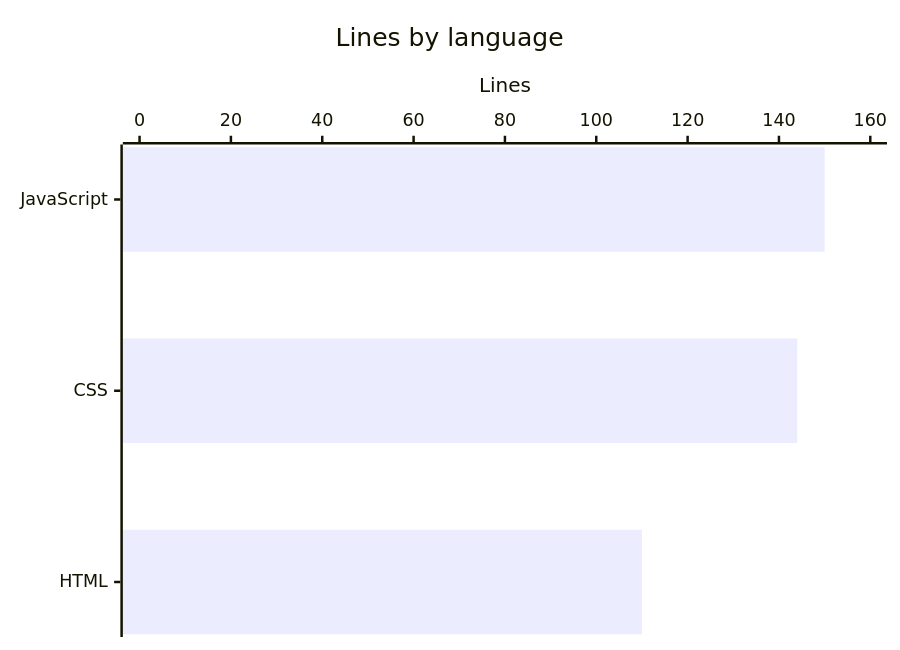
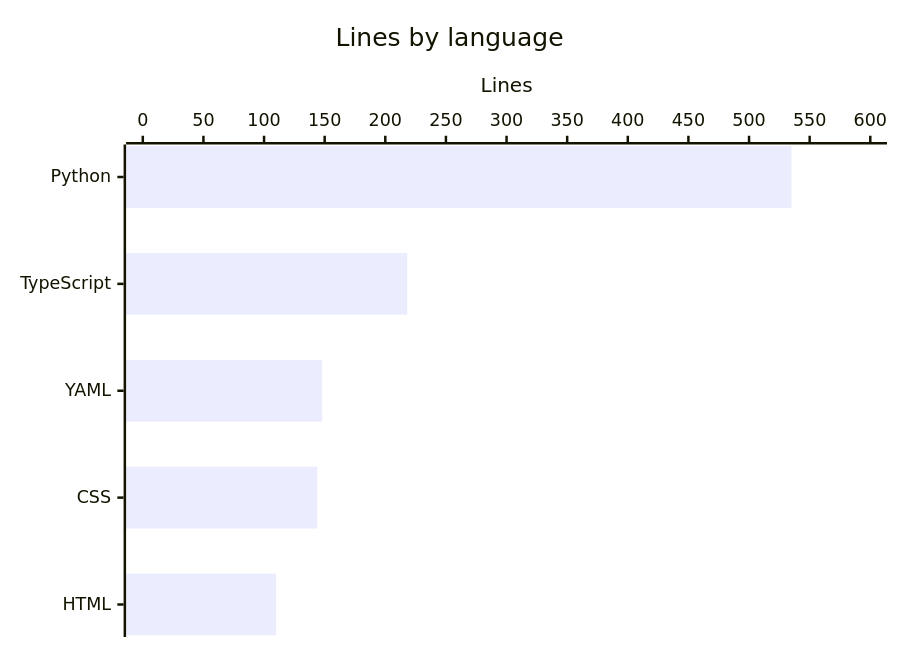
Before and after one commit to FranklinP44/ikigai: the diagram in droid-wiki/by-the-numbers.md, drawn with Mermaid. The commit also changed other lines of this file and 30 other files, not shown here.

First line of the commit message:
docs: refresh wiki for TypeScript + Vite migration

````diff
--- a/droid-wiki/by-the-numbers.md
+++ b/droid-wiki/by-the-numbers.md
@@ -16,7 +22,7 @@
 ```mermaid
 xychart-beta horizontal
     title "Lines by language"
-    x-axis [JavaScript, CSS, HTML]
-    y-axis "Lines" 0 --> 160
-    bar [150, 144, 110]
+    x-axis [Python, TypeScript, YAML, CSS, HTML]
+    y-axis "Lines" 0 --> 600
+    bar [535, 218, 148, 144, 110]
 ```
````
